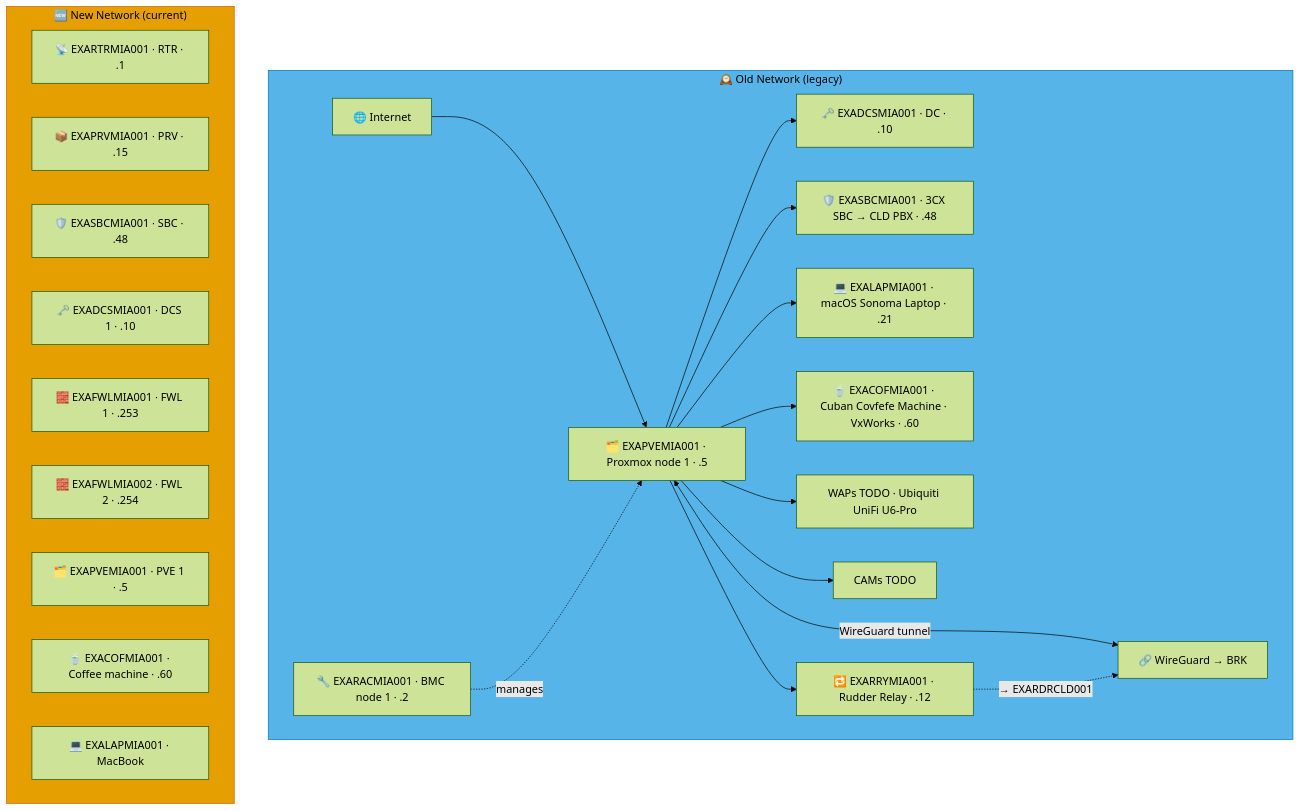
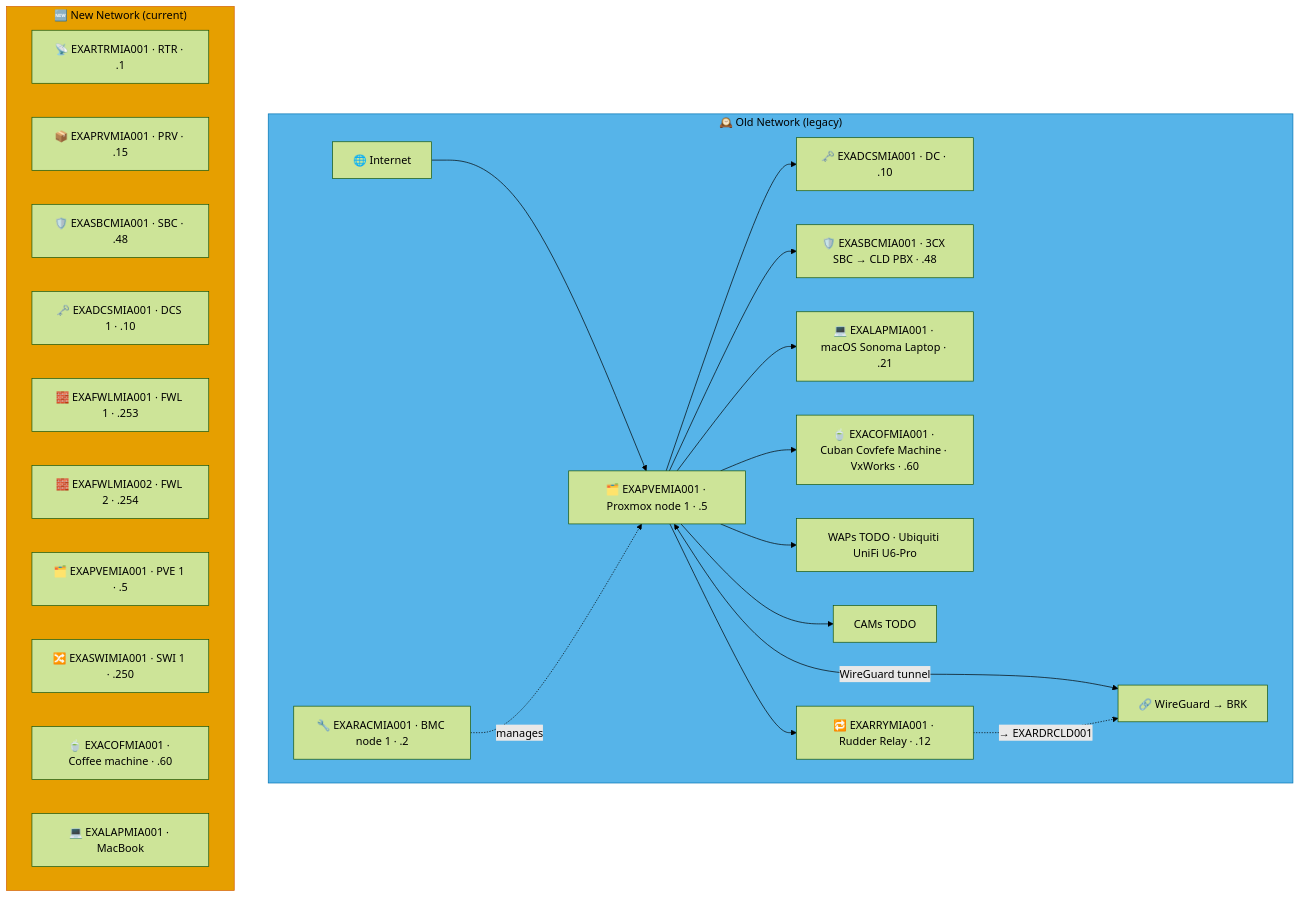
Before and after one commit to knightmare2600/example_music_infra: the fourth of 8 diagrams in docs/network-diagram/united-states.md, drawn with Mermaid (forest theme). The commit also changed other lines of this file and 12 other files, not shown here.

````diff
--- a/docs/network-diagram/united-states.md
+++ b/docs/network-diagram/united-states.md
@@ -185,39 +187,40 @@
 ```mermaid
 graph TD
     subgraph OLD_MIA ["🕰️ Old Network (legacy)"]
       INET["🌐 Internet"]
       RAC["🔧 EXARACMIA001 · BMC node 1 · .2"]
       PVE["🗂️ EXAPVEMIA001 · Proxmox node 1 · .5"]
       DC["🗝️ EXADCSMIA001 · DC · .10"]
       SBC["🛡️ EXASBCMIA001 · 3CX SBC → CLD PBX · .48"]
       RRY["🔁 EXARRYMIA001 · Rudder Relay · .12"]
       LAP["💻 EXALAPMIA001 · macOS Sonoma Laptop · .21"]
       COF["🍵 EXACOFMIA001 · Cuban Covfefe Machine · VxWorks · .60"]
       WAP["WAPs TODO · Ubiquiti UniFi U6-Pro"]
       CAM["CAMs TODO"]
       VPN["🔗 WireGuard → BRK"]
 
       INET --> PVE --> DC & SBC
       RAC -.->|"manages"| PVE
       PVE --> LAP & COF & WAP & CAM
       PVE <-->|"WireGuard tunnel"| VPN
 
       PVE --> RRY
       RRY -. "→ EXARDRCLD001" .-> VPN
     end
     style OLD_MIA fill:#56B4E9,stroke:#0072B2,color:#000000
     %% GENERATED:NEW-NETWORK:MIA:START
     subgraph NEW_MIA ["🆕 New Network (current)"]
       N_RTR["📡 EXARTRMIA001 · RTR · .1"]
       N_PRV["📦 EXAPRVMIA001 · PRV · .15"]
       N_SBC["🛡️ EXASBCMIA001 · SBC · .48"]
       N_DCS["🗝️ EXADCSMIA001 · DCS 1 · .10"]
       N_FWL["🧱 EXAFWLMIA001 · FWL 1 · .253"]
       N_FWL2["🧱 EXAFWLMIA002 · FWL 2 · .254"]
       N_PVE["🗂️ EXAPVEMIA001 · PVE 1 · .5"]
+      N_SWI["🔀 EXASWIMIA001 · SWI 1 · .250"]
       N_COF["🍵 EXACOFMIA001 · Coffee machine · .60"]
       N_LAP["💻 EXALAPMIA001 · MacBook"]
     end
     style NEW_MIA fill:#E69F00,stroke:#D55E00,color:#000000
     %% GENERATED:NEW-NETWORK:MIA:END
 ```
````
